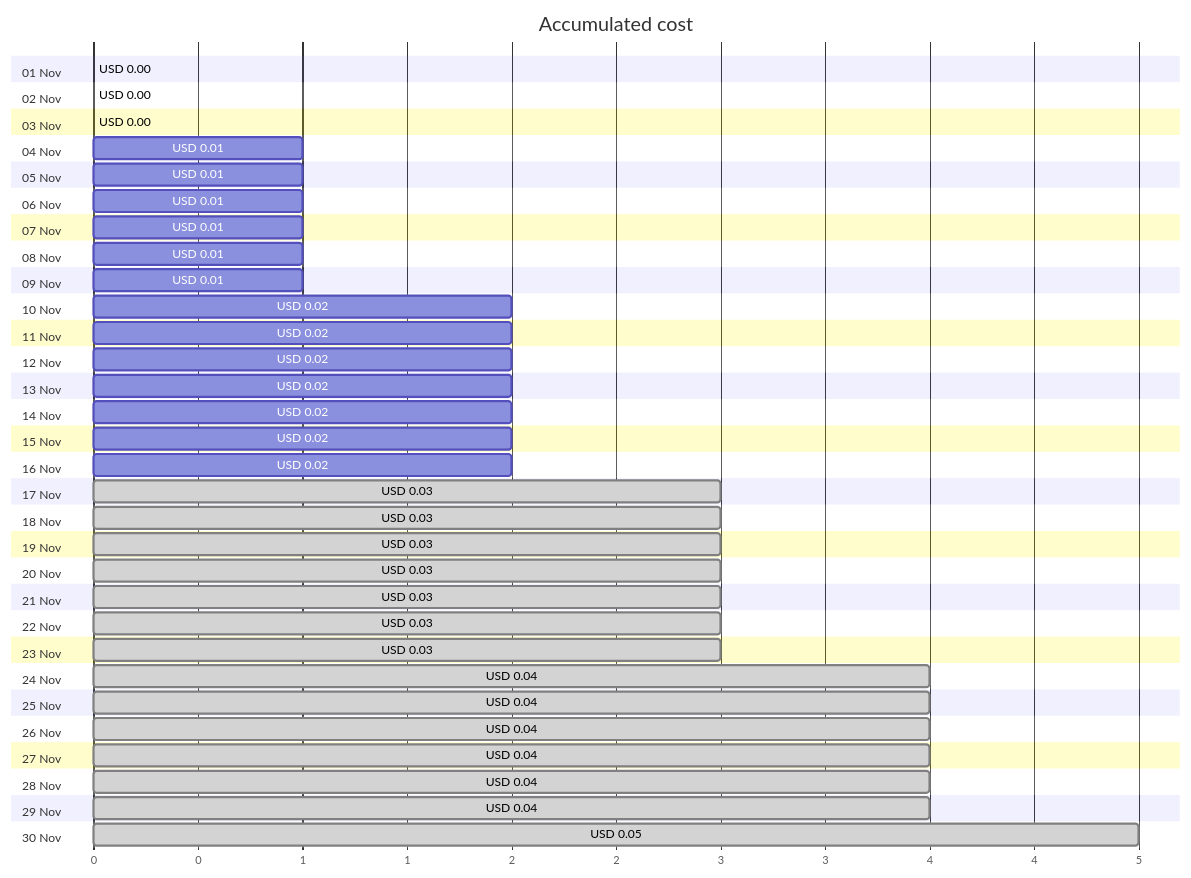
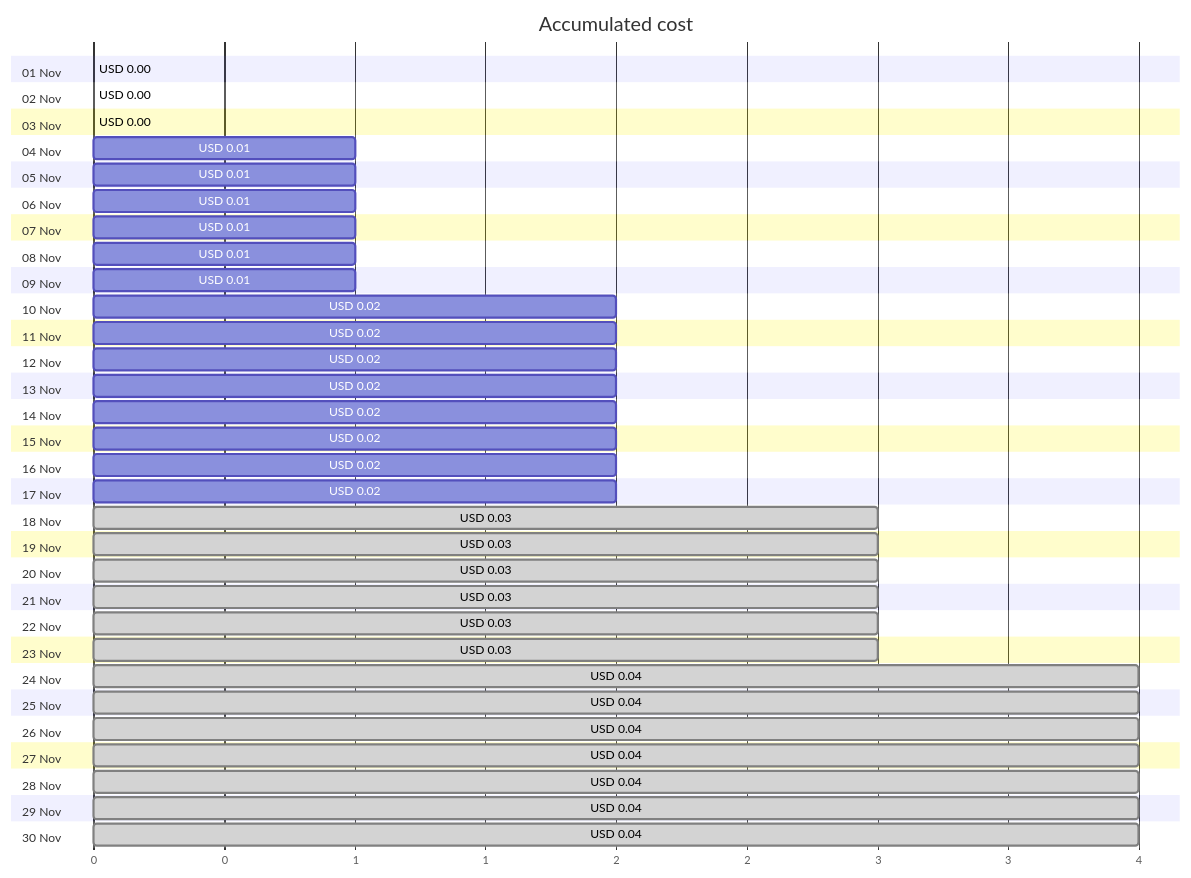
The first of 4 diagrams in cost-reports/personal-site/personalsiteapistorage.md (jpfulton/azure-personal-reports), drawn with Mermaid before and after one commit. The commit also changed other lines of this file and 6 other files, not shown here.

````diff
--- a/cost-reports/personal-site/personalsiteapistorage.md
+++ b/cost-reports/personal-site/personalsiteapistorage.md
@@ -20,66 +20,66 @@
 ```mermaid
 gantt
    title Accumulated cost
    dateFormat  X
    axisFormat %s
    section 01 Nov
    USD 0.00 :0, 0
    section 02 Nov
    USD 0.00 :0, 0
    section 03 Nov
    USD 0.00 :0, 0
    section 04 Nov
    USD 0.01 :0, 1
    section 05 Nov
    USD 0.01 :0, 1
    section 06 Nov
    USD 0.01 :0, 1
    section 07 Nov
    USD 0.01 :0, 1
    section 08 Nov
    USD 0.01 :0, 1
    section 09 Nov
    USD 0.01 :0, 1
    section 10 Nov
    USD 0.02 :0, 2
    section 11 Nov
    USD 0.02 :0, 2
    section 12 Nov
    USD 0.02 :0, 2
    section 13 Nov
    USD 0.02 :0, 2
    section 14 Nov
    USD 0.02 :0, 2
    section 15 Nov
    USD 0.02 :0, 2
    section 16 Nov
    USD 0.02 :0, 2
    section 17 Nov
-   USD 0.03 : done, 0, 3
+   USD 0.02 :0, 2
    section 18 Nov
    USD 0.03 : done, 0, 3
    section 19 Nov
    USD 0.03 : done, 0, 3
    section 20 Nov
    USD 0.03 : done, 0, 3
    section 21 Nov
    USD 0.03 : done, 0, 3
    section 22 Nov
    USD 0.03 : done, 0, 3
    section 23 Nov
    USD 0.03 : done, 0, 3
    section 24 Nov
    USD 0.04 : done, 0, 4
    section 25 Nov
    USD 0.04 : done, 0, 4
    section 26 Nov
    USD 0.04 : done, 0, 4
    section 27 Nov
    USD 0.04 : done, 0, 4
    section 28 Nov
    USD 0.04 : done, 0, 4
    section 29 Nov
    USD 0.04 : done, 0, 4
    section 30 Nov
-   USD 0.05 : done, 0, 5
+   USD 0.04 : done, 0, 4
 ```
````
